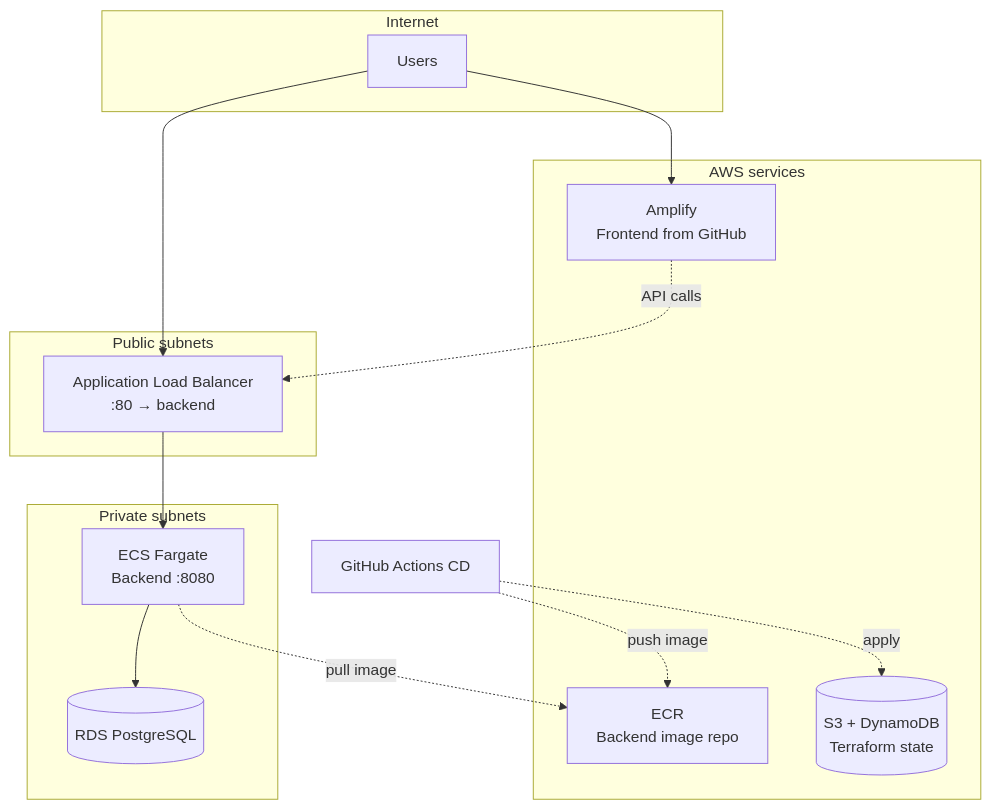
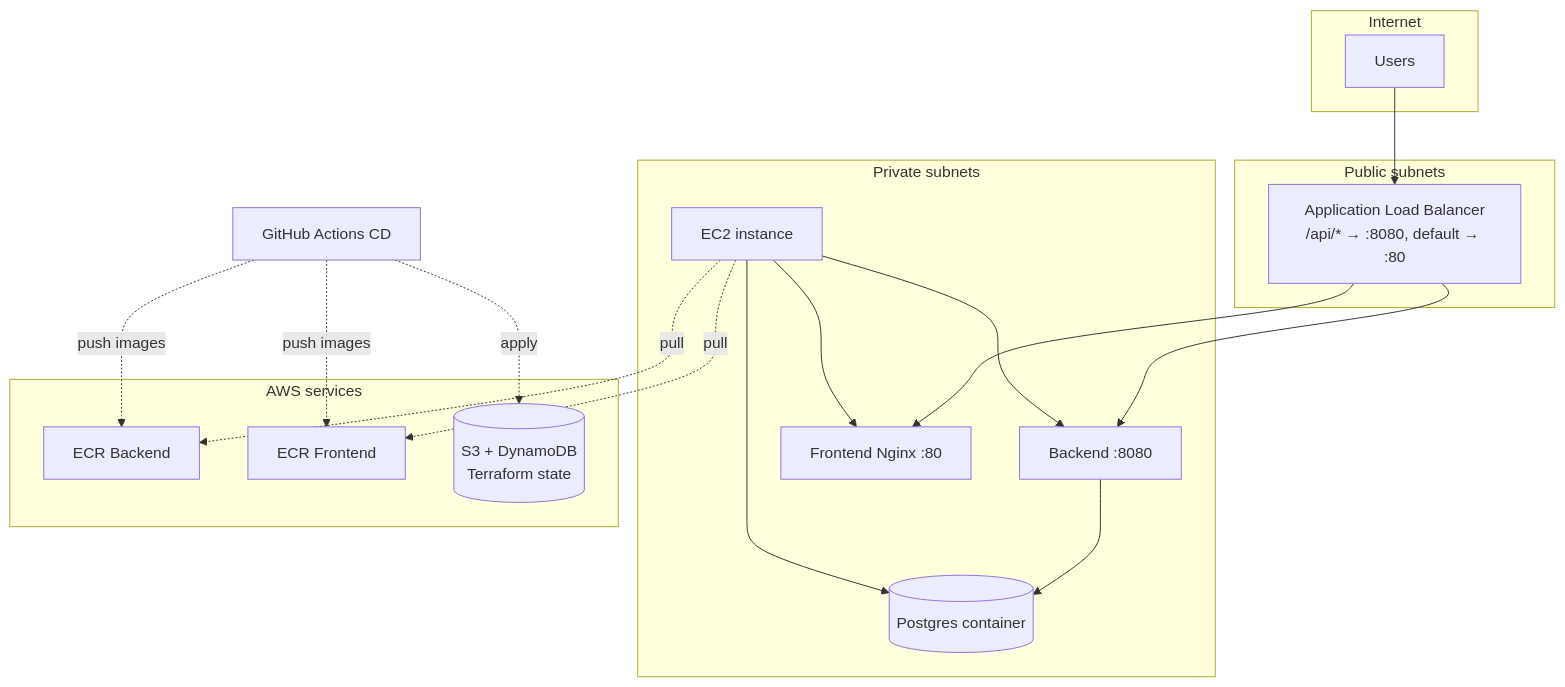
One commit to AmaliTech-Training-Academy/NSP_25_26_Team_5 changed the second of 2 diagrams in devops/README.md. Above: the diagram before and after it, drawn with Mermaid. The commit also changed other lines of this file and 25 other files, not shown here.

````diff
--- a/devops/README.md
+++ b/devops/README.md
@@ -152,30 +149,33 @@
 ```mermaid
 flowchart TB
   subgraph internet["Internet"]
     User[Users]
   end
 
   subgraph public["Public subnets"]
-    ALB[Application Load Balancer<br/>:80 → backend]
+    ALB[Application Load Balancer<br/>/api/* → :8080, default → :80]
   end
 
   subgraph private["Private subnets"]
-    ECS[ECS Fargate<br/>Backend :8080]
-    RDS[(RDS PostgreSQL)]
-    ECS --> RDS
+    EC2[EC2 instance]
+    EC2 --> Postgres[(Postgres container)]
+    EC2 --> Backend[Backend :8080]
+    EC2 --> Frontend[Frontend Nginx :80]
   end
 
   subgraph aws_services["AWS services"]
-    ECR[ECR<br/>Backend image repo]
-    Amplify[Amplify<br/>Frontend from GitHub]
+    ECR_B[ECR Backend]
+    ECR_F[ECR Frontend]
     S3[(S3 + DynamoDB<br/>Terraform state)]
   end
 
   User --> ALB
-  User --> Amplify
-  ALB --> ECS
-  ECS -.->|pull image| ECR
-  Amplify -.->|API calls| ALB
-  cd[GitHub Actions CD] -.->|push image| ECR
+  ALB --> Backend
+  ALB --> Frontend
+  Backend --> Postgres
+  EC2 -.->|pull| ECR_B
+  EC2 -.->|pull| ECR_F
+  cd[GitHub Actions CD] -.->|push images| ECR_B
+  cd -.->|push images| ECR_F
   cd -.->|apply| S3
 ```
````
